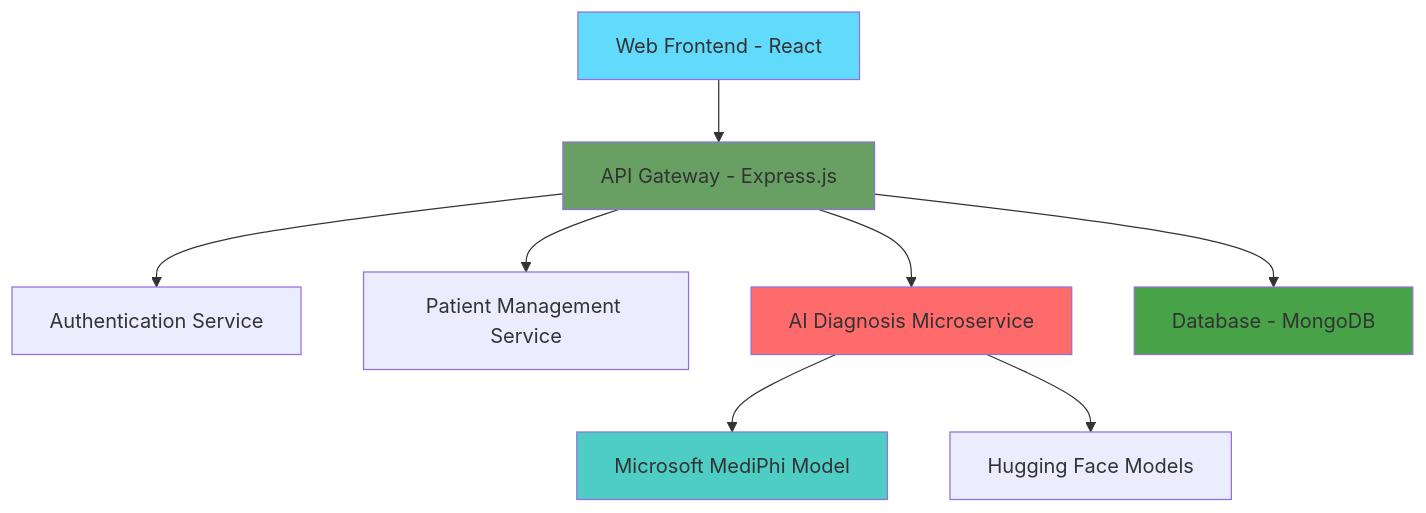
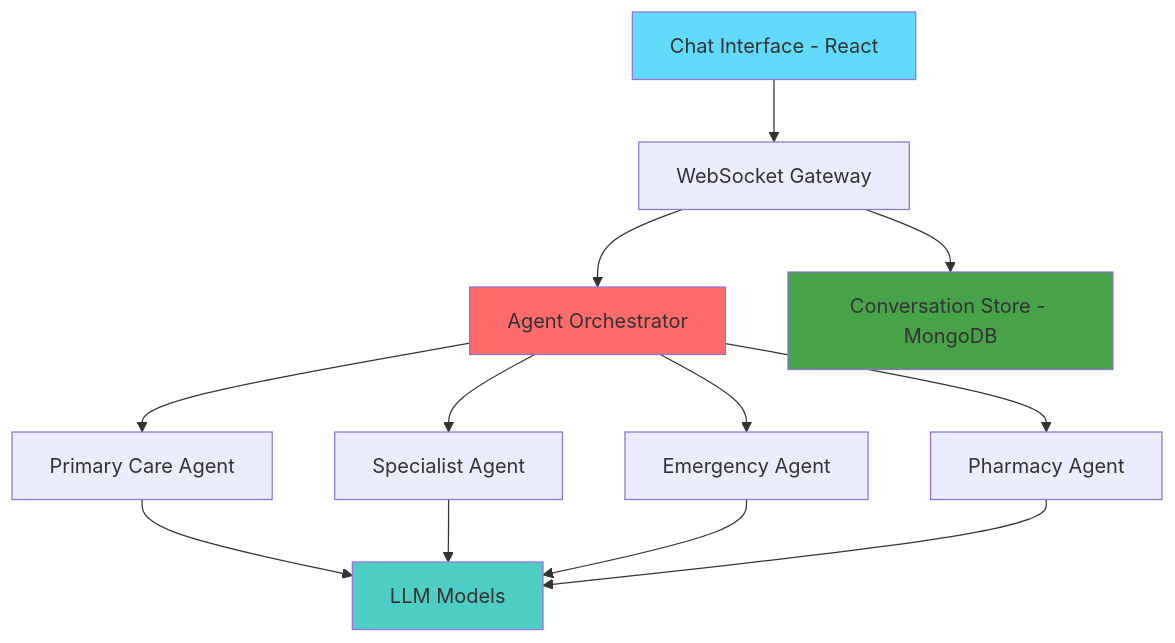
One commit to erangross27/IntelliCare-Platform changed the diagram in README.md. Above: the diagram before and after it, drawn with Mermaid. The commit also changed other lines of this file and 6 other files, not shown here.

````diff
--- a/README.md
+++ b/README.md
@@ -124,16 +125,19 @@
 ```mermaid
 graph TB
-    A[Web Frontend - React] --> B[API Gateway - Express.js]
-    B --> C[Authentication Service]
-    B --> D[Patient Management Service]
-    B --> E[AI Diagnosis Microservice]
-    E --> F[Microsoft MediPhi Model]
-    E --> G[Hugging Face Models]
-    B --> H[Database - MongoDB]
+    A[Chat Interface - React] --> B[WebSocket Gateway]
+    B --> C[Agent Orchestrator]
+    C --> D[Primary Care Agent]
+    C --> E[Specialist Agent]
+    C --> F[Emergency Agent]
+    C --> G[Pharmacy Agent]
+    D --> H[LLM Models]
+    E --> H
+    F --> H
+    G --> H
+    B --> I[Conversation Store - MongoDB]
     
     style A fill:#61DAFB
-    style B fill:#68A063
-    style E fill:#FF6B6B
-    style F fill:#4ECDC4
-    style H fill:#47A248
+    style C fill:#FF6B6B
+    style H fill:#4ECDC4
+    style I fill:#47A248
 ```
````
